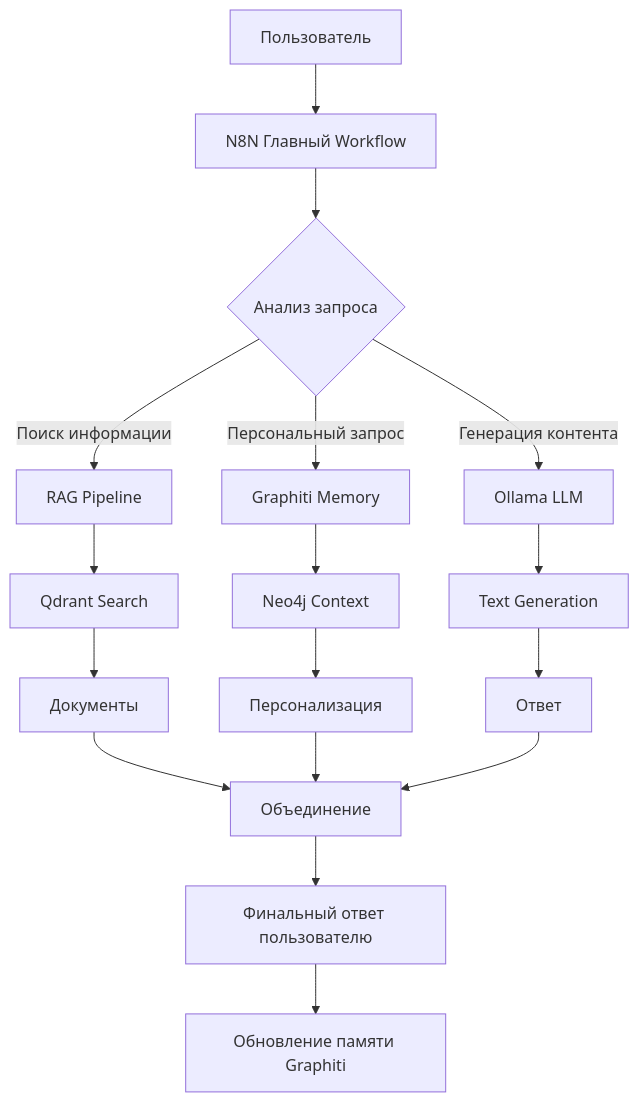
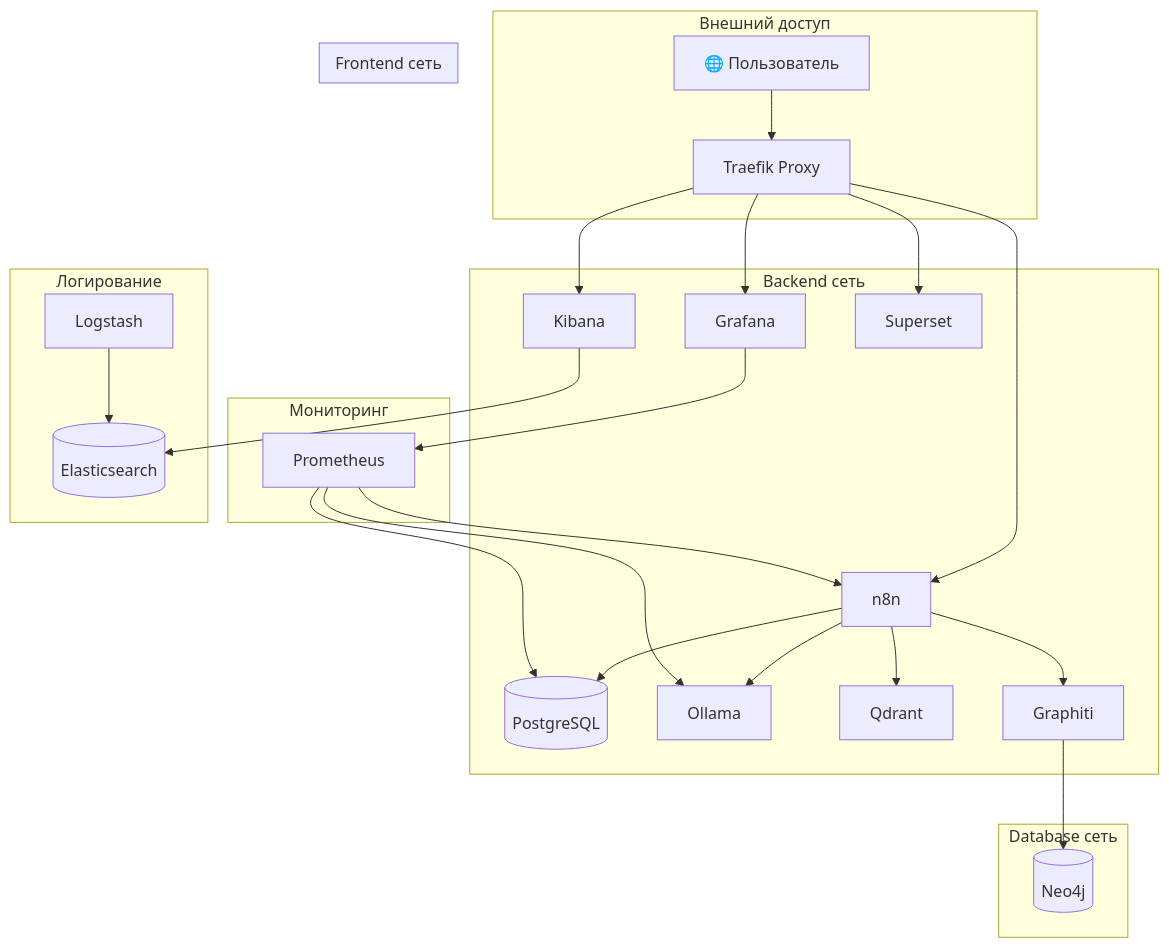
Before and after one commit to sattva2020/N8N-AI-Starter-Kit: the diagram in README.md, drawn with Mermaid. The commit also changed other lines of this file and 1 other file, not shown here.

````diff
--- a/README.md
+++ b/README.md
@@ -2096,20 +95,39 @@
 ```mermaid
 graph TD
-    A[Пользователь] --> B[N8N Главный Workflow]
-    B --> C{Анализ запроса}
-    
-    C -->|Поиск информации| D[RAG Pipeline]
-    C -->|Персональный запрос| E[Graphiti Memory]
-    C -->|Генерация контента| F[Ollama LLM]
-    
-    D --> G[Qdrant Search] --> H[Документы]
-    E --> I[Neo4j Context] --> J[Персонализация]
-    F --> K[Text Generation] --> L[Ответ]
-    
-    H --> M[Объединение]
-    J --> M
-    L --> M
-    
-    M --> N[Финальный ответ пользователю]
-    N --> O[Обновление памяти Graphiti]
+    subgraph "Внешний доступ"
+        U[🌐 Пользователь] --> T[Traefik Proxy]
+    end
+
+    subgraph "Frontend сеть"
+        T
+    end
+
+    subgraph "Backend сеть"
+        T --> N[n8n]
+        T --> G[Grafana]
+        T --> K[Kibana]
+        T --> S[Superset]
+
+        N --> DB[(PostgreSQL)]
+        N --> O[Ollama]
+        N --> Q[Qdrant]
+        N --> GR[Graphiti]
+    end
+
+    subgraph "Database сеть"
+        GR --> Neo[(Neo4j)]
+        DB
+    end
+
+    subgraph "Мониторинг"
+        P[Prometheus] --> N
+        P --> O
+        P --> DB
+        G --> P
+    end
+
+    subgraph "Логирование"
+        L[Logstash] --> E[(Elasticsearch)]
+        K --> E
+    end
 ```
````
